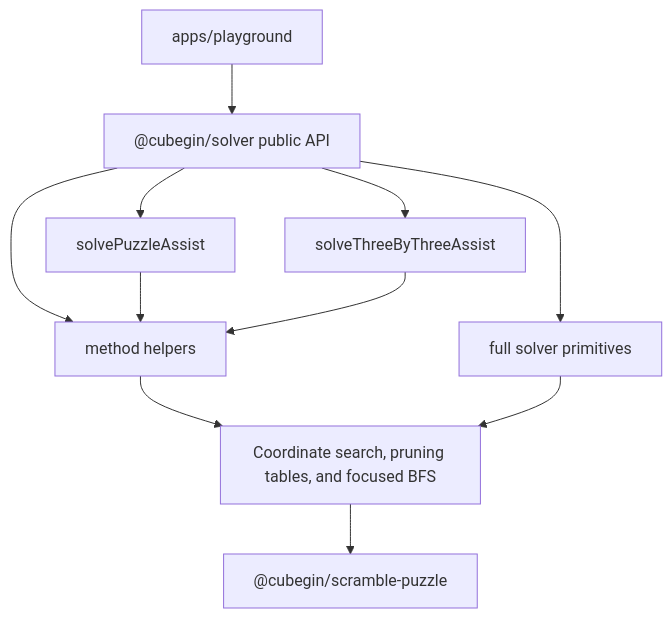
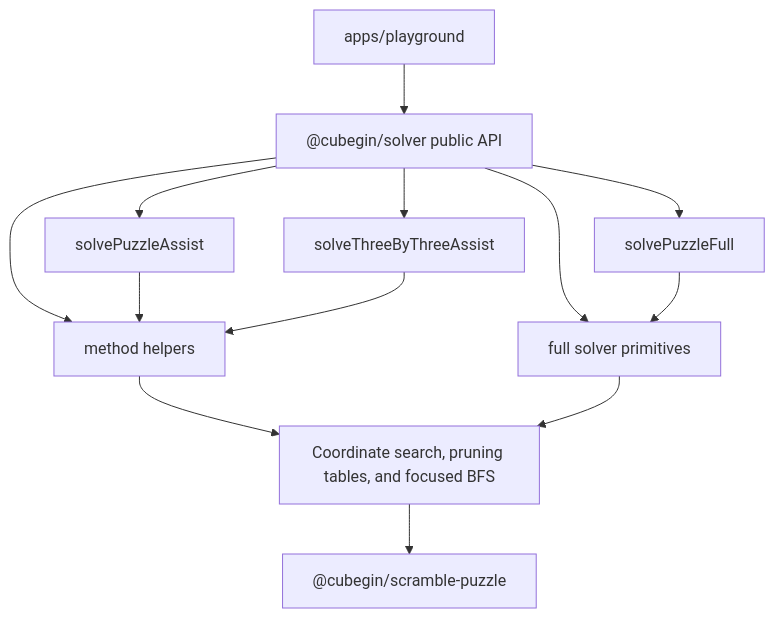
Before and after one commit to deweyou/cube-kit: the diagram in docs/packages/solver/index.md, drawn with Mermaid. The commit also changed other lines of this file and 17 other files, not shown here.

````diff
--- a/docs/packages/solver/index.md
+++ b/docs/packages/solver/index.md
@@ -3,13 +3,15 @@
 ```mermaid
 flowchart TD
     Public["@cubegin/solver public API"] --> Facade["solvePuzzleAssist"]
+    Public --> FullFacade["solvePuzzleFull"]
     Public --> ThreeFacade["solveThreeByThreeAssist"]
     Public --> Full["full solver primitives"]
     Public --> Methods["method helpers"]
     Facade --> Methods
     ThreeFacade --> Methods
+    FullFacade --> Full
     Methods --> Search["Coordinate search, pruning tables, and focused BFS"]
     Full --> Search
     Search --> Puzzle["@cubegin/scramble-puzzle"]
     Playground["apps/playground"] --> Public
 ```
````
